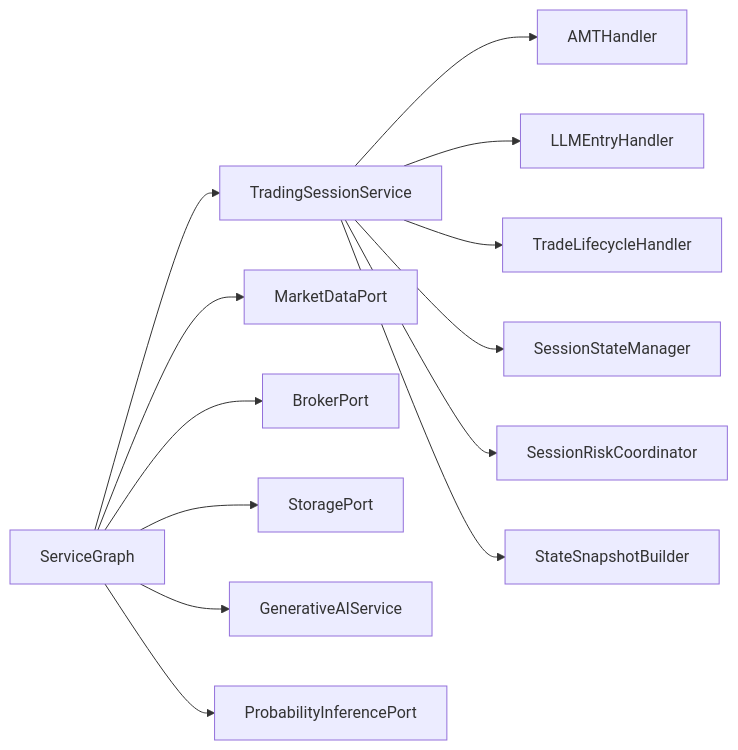
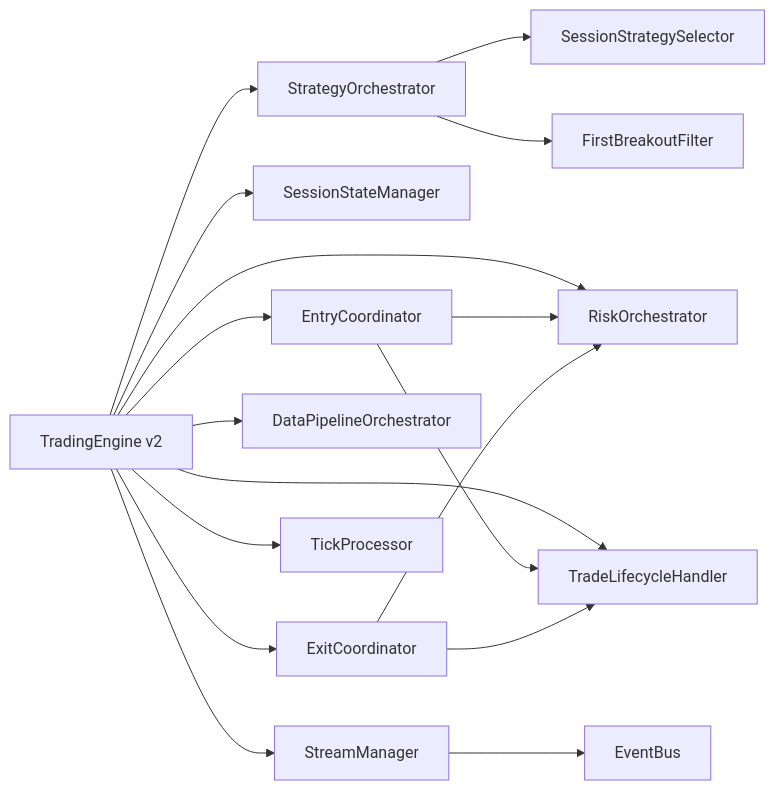
The fourth of 4 diagrams in .qoder/repowiki/en/content/Architecture Deep Dive/Clean Architecture Layers/Application Layer/Application Layer.md (gemrajkhatry-maker/v5-of-glassytrade-ai), drawn with Mermaid before and after one commit. The commit also changed other lines of this file and 930 other files, not shown here.

````diff
--- a/.qoder/repowiki/en/content/Architecture Deep Dive/Clean Architecture Layers/Application Layer/Application Layer.md
+++ b/.qoder/repowiki/en/content/Architecture Deep Dive/Clean Architecture Layers/Application Layer/Application Layer.md
@@ -427,15 +674,19 @@
 ```mermaid
 graph LR
-SG["ServiceGraph"] --> TSS["TradingSessionService"]
-SG --> MD["MarketDataPort"]
-SG --> BR["BrokerPort"]
-SG --> ST["StoragePort"]
-SG --> GAIS["GenerativeAIService"]
-SG --> PE["ProbabilityInferencePort"]
-TSS --> AMT["AMTHandler"]
-TSS --> LLM["LLMEntryHandler"]
-TSS --> TLH["TradeLifecycleHandler"]
-TSS --> SSM["SessionStateManager"]
-TSS --> SRC["SessionRiskCoordinator"]
-TSS --> SSB["StateSnapshotBuilder"]
+TE["TradingEngine v2"] --> SO["StrategyOrchestrator"]
+TE --> SSM["SessionStateManager"]
+TE --> RO["RiskOrchestrator"]
+TE --> TLH["TradeLifecycleHandler"]
+TE --> EC["EntryCoordinator"]
+TE --> EX["ExitCoordinator"]
+TE --> DPO["DataPipelineOrchestrator"]
+TE --> SM["StreamManager"]
+TE --> TP["TickProcessor"]
+SO --> SSS["SessionStrategySelector"]
+SO --> FBF["FirstBreakoutFilter"]
+EC --> RO
+EC --> TLH
+EX --> TLH
+EX --> RO
+SM --> EB["EventBus"]
 ```
````
